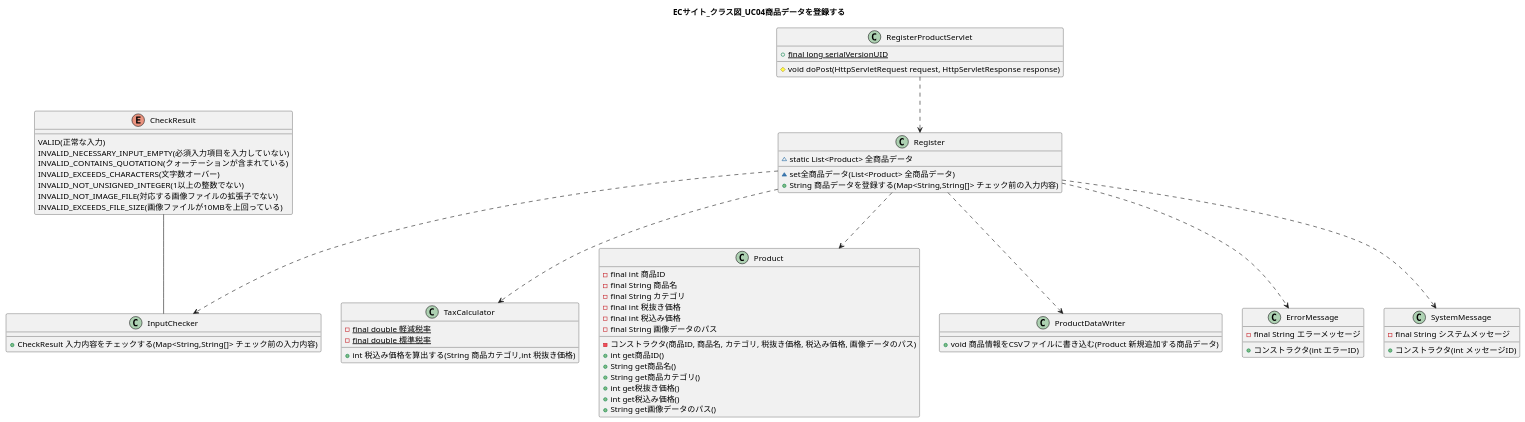
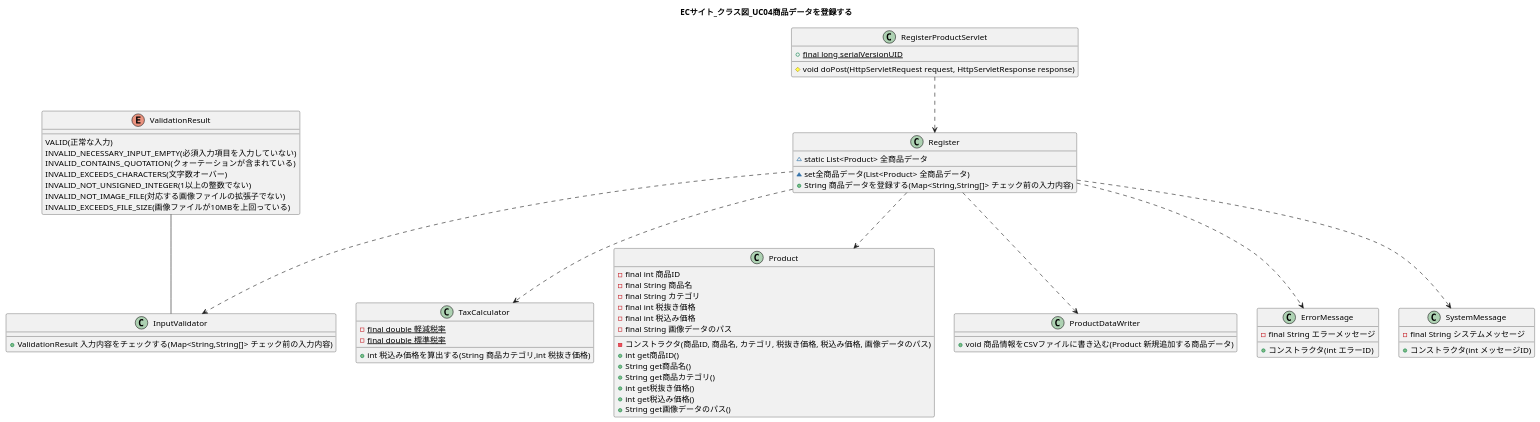
The diagram in UML/ClassDiag04.puml (wnakayama/ojt_ecsite), drawn with PlantUML before and after one commit. The commit also changed 3 other files, not shown here.

```diff
--- a/UML/ClassDiag04.puml
+++ b/UML/ClassDiag04.puml
@@ -1,75 +1,75 @@
 @startuml
 title ECサイト_クラス図_UC04商品データを登録する
 
 
 class RegisterProductServlet {
     +{static} final long serialVersionUID
     #void doPost(HttpServletRequest request, HttpServletResponse response)
 }
 
 RegisterProductServlet ..> Register
 class Register {
     ~static List<Product> 全商品データ
     ~set全商品データ(List<Product> 全商品データ)
     +String 商品データを登録する(Map<String,String[]> チェック前の入力内容)
 }
 
-CheckResult -- InputChecker
-enum CheckResult {
+ValidationResult -- InputValidator
+enum ValidationResult {
     VALID(正常な入力)
     INVALID_NECESSARY_INPUT_EMPTY(必須入力項目を入力していない)
     INVALID_CONTAINS_QUOTATION(クォーテーションが含まれている)
     INVALID_EXCEEDS_CHARACTERS(文字数オーバー)
     INVALID_NOT_UNSIGNED_INTEGER(1以上の整数でない)
     INVALID_NOT_IMAGE_FILE(対応する画像ファイルの拡張子でない)
     INVALID_EXCEEDS_FILE_SIZE(画像ファイルが10MBを上回っている)
 }
 
-Register ..> InputChecker
-class InputChecker {
-    +CheckResult 入力内容をチェックする(Map<String,String[]> チェック前の入力内容)
+Register ..> InputValidator
+class InputValidator {
+    +ValidationResult 入力内容をチェックする(Map<String,String[]> チェック前の入力内容)
 }
 
 Register ..> TaxCalculator
 class TaxCalculator {
     -{static}final double 軽減税率
     -{static}final double 標準税率
 
     +int 税込み価格を算出する(String 商品カテゴリ,int 税抜き価格)
 }
 
 Register ..> Product 
 class Product {
     -final int 商品ID
     -final String 商品名
     -final String カテゴリ
     -final int 税抜き価格
     -final int 税込み価格
     -final String 画像データのパス
     -コンストラクタ(商品ID, 商品名, カテゴリ, 税抜き価格, 税込み価格, 画像データのパス)
     +int get商品ID()
     +String get商品名()
     +String get商品カテゴリ()
     +int get税抜き価格()
     +int get税込み価格()
     +String get画像データのパス()
 }
 
 Register ..> ProductDataWriter
 class ProductDataWriter {
     + void 商品情報をCSVファイルに書き込む(Product 新規追加する商品データ)
 }
 
 Register ..> ErrorMessage
 class ErrorMessage {
     -final String エラーメッセージ
     +コンストラクタ(int エラーID)
 }
 
 Register ..> SystemMessage
 class SystemMessage {
     -final String システムメッセージ
     +コンストラクタ(int メッセージID)
 }
 
 @enduml
```
